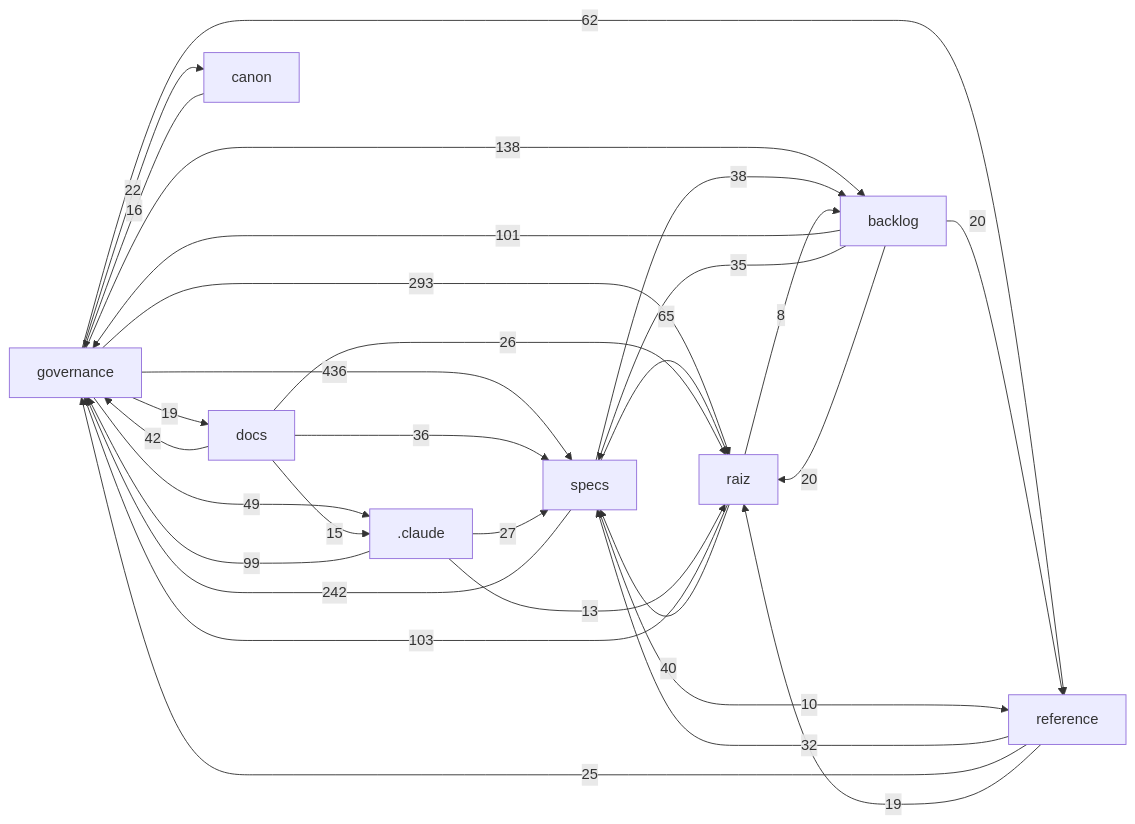
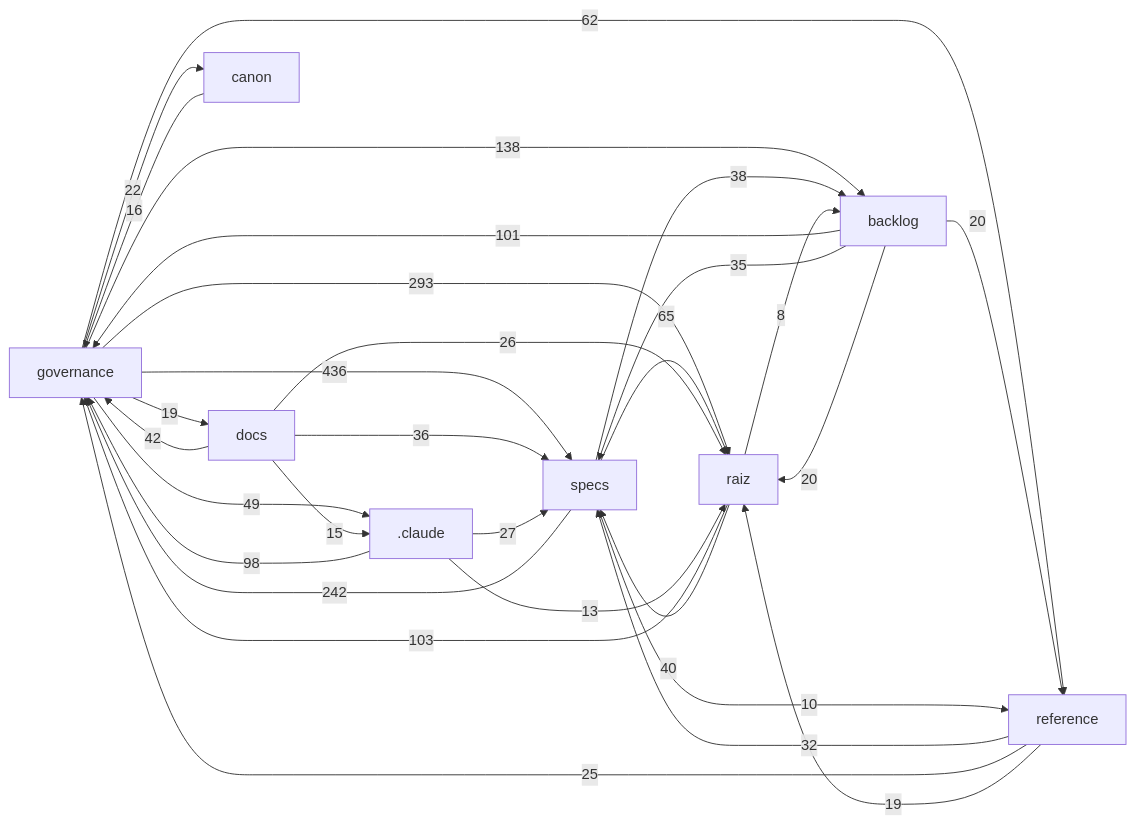
One commit to Andraus35/Sistema-Operacional-de-Trading--SOT changed the diagram in docs/mapa/MAPA-PROJETO.md. Above: the diagram before and after it, drawn with Mermaid. The commit also changed other lines of this file and 2 other files, not shown here.

````diff
--- a/docs/mapa/MAPA-PROJETO.md
+++ b/docs/mapa/MAPA-PROJETO.md
@@ -29,32 +29,32 @@
 ```mermaid
 flowchart LR
   governance["governance"] -->|436| specs["specs"]
   governance["governance"] -->|293| raiz["raiz"]
   specs["specs"] -->|242| governance["governance"]
   governance["governance"] -->|138| backlog["backlog"]
   raiz["raiz"] -->|103| governance["governance"]
   backlog["backlog"] -->|101| governance["governance"]
-  _claude[".claude"] -->|99| governance["governance"]
+  _claude[".claude"] -->|98| governance["governance"]
   specs["specs"] -->|65| raiz["raiz"]
   governance["governance"] -->|62| reference["reference"]
   governance["governance"] -->|49| _claude[".claude"]
   docs["docs"] -->|42| governance["governance"]
   raiz["raiz"] -->|40| specs["specs"]
   specs["specs"] -->|38| backlog["backlog"]
   docs["docs"] -->|36| specs["specs"]
   backlog["backlog"] -->|35| specs["specs"]
   reference["reference"] -->|32| specs["specs"]
   _claude[".claude"] -->|27| specs["specs"]
   docs["docs"] -->|26| raiz["raiz"]
   reference["reference"] -->|25| governance["governance"]
   governance["governance"] -->|22| canon["canon"]
   backlog["backlog"] -->|20| raiz["raiz"]
   backlog["backlog"] -->|20| reference["reference"]
   governance["governance"] -->|19| docs["docs"]
   reference["reference"] -->|19| raiz["raiz"]
   canon["canon"] -->|16| governance["governance"]
   docs["docs"] -->|15| _claude[".claude"]
   _claude[".claude"] -->|13| raiz["raiz"]
   specs["specs"] -->|10| reference["reference"]
   raiz["raiz"] -->|8| backlog["backlog"]
 ```
````
